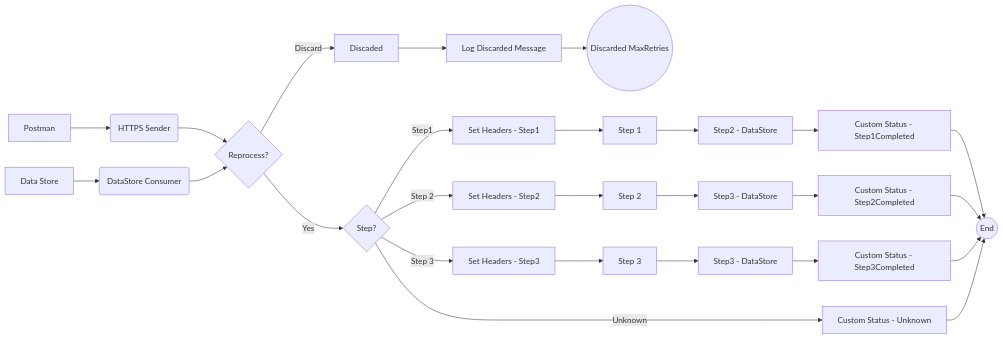
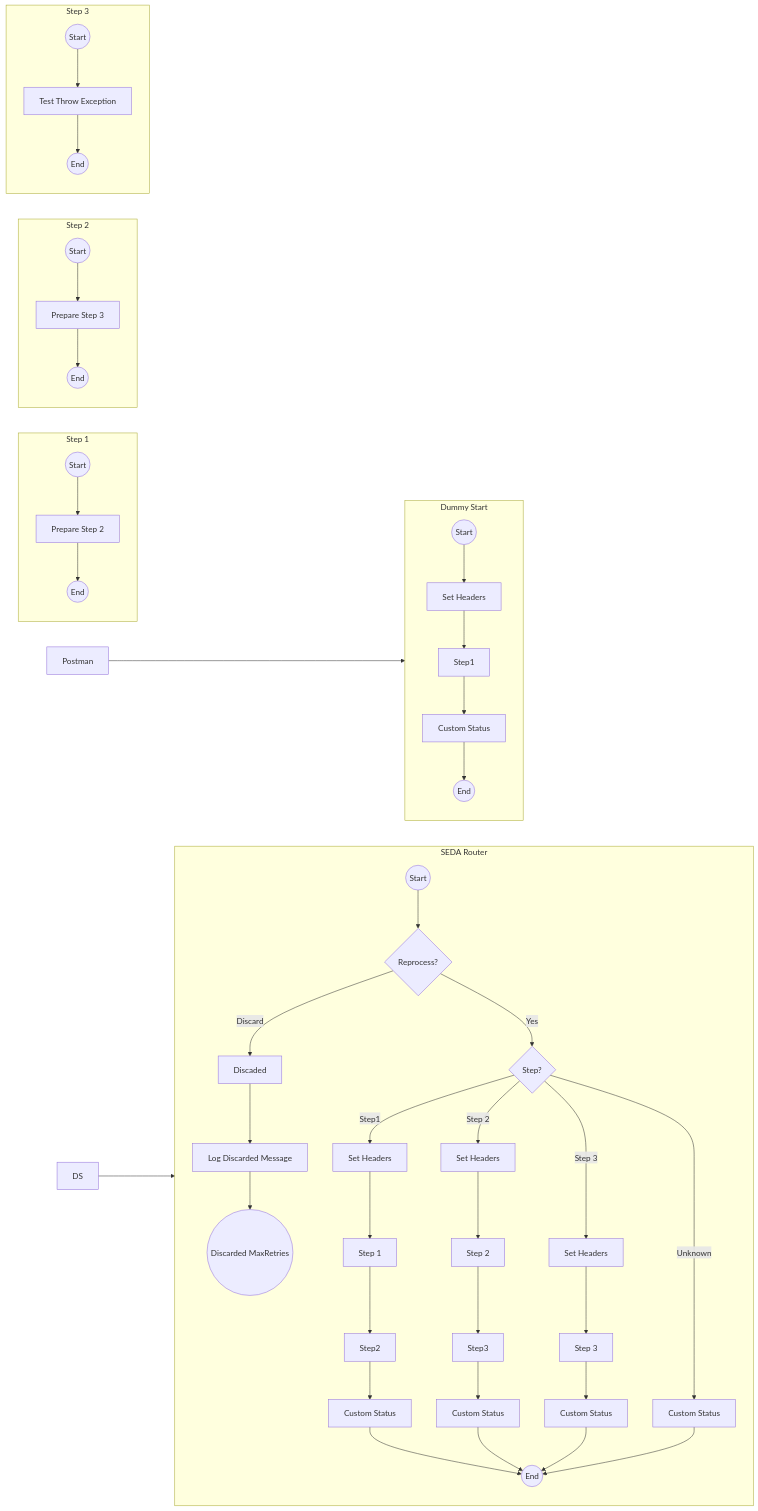
The diagram in MMZ - Templates/SEDA_Model_-_Single_DS_-_Restart_and_Discard-1.0.0/readme.md (Avvale-IA-CICD/AvvaleCPI), drawn with Mermaid before and after one commit. The commit also changed other lines of this file, not shown here.

Commit message:
Add/update documentation for SEDA_Model_-_Single_DS_-_Restart_and_Discard v1.0.0

````diff
--- a/MMZ - Templates/SEDA_Model_-_Single_DS_-_Restart_and_Discard-1.0.0/readme.md
+++ b/MMZ - Templates/SEDA_Model_-_Single_DS_-_Restart_and_Discard-1.0.0/readme.md
@@ -4,28 +4,51 @@
 ```mermaid
 graph LR
-    A[Postman] --> B(HTTPS Sender);
-    C[Data Store] --> D(DataStore Consumer);
-    B --> E{Reprocess?};
-    D --> E;
-    E -- Yes --> F{Step?};
-    E -- Discard --> G[Discaded];
-    G --> H[Log Discarded Message];
-    H --> I((Discarded MaxRetries));
-    F -- Step1 --> J[Set Headers - Step1];
-    F -- Step 2 --> K[Set Headers - Step2];
-    F -- Step 3 --> L[Set Headers - Step3];
-    F -- Unknown --> M[Custom Status - Unknown];
-    J --> N[Step 1];
-    K --> O[Step 2];
-    L --> P[Step 3];
-    N --> Q[Step2 - DataStore];
-    O --> R[Step3 - DataStore];
-    P --> S[Step3 - DataStore];
-    Q --> T[Custom Status - Step1Completed];
-    R --> U[Custom Status - Step2Completed];
-    S --> V[Custom Status - Step3Completed];
-    T --> W((End));
-    U --> W;
-    V --> W;
-    M --> W;
+    subgraph DummyStart [Dummy Start]
+        StartEvent_12079784((Start)) --> CallActivity_9054[Set Headers]
+        CallActivity_9054 --> CallActivity_12079777[Step1]
+        CallActivity_12079777 --> CallActivity_9062[Custom Status]
+        CallActivity_9062 --> EndEvent_9052((End))
+    end
+    
+    subgraph SEDARouter [SEDA Router]
+        StartEvent_2((Start)) --> ExclusiveGateway_9098{Reprocess?}
+        ExclusiveGateway_9098 -- Yes --> ExclusiveGateway_12{Step?}
+        ExclusiveGateway_9098 -- Discard --> CallActivity_9101[Discaded]
+        CallActivity_9101 --> CallActivity_12079775[Log Discarded Message]
+        CallActivity_12079775 --> EndEvent_9104((Discarded MaxRetries))
+        ExclusiveGateway_12 -- Step1 --> CallActivity_12079790[Set Headers]
+        CallActivity_12079790 --> CallActivity_15[Step 1]
+        CallActivity_15 --> CallActivity_12079780[Step2]
+        CallActivity_12079780 --> CallActivity_9071[Custom Status]
+        CallActivity_9071 --> EndEvent_2((End))
+        ExclusiveGateway_12 -- Step 2 --> CallActivity_12079792[Set Headers]
+        CallActivity_12079792 --> CallActivity_18[Step 2]
+        CallActivity_18 --> CallActivity_12079781[Step3]
+        CallActivity_12079781 --> CallActivity_9077[Custom Status]
+        CallActivity_9077 --> EndEvent_2
+        ExclusiveGateway_12 -- Step 3 --> CallActivity_12079794[Set Headers]
+        CallActivity_12079794 --> CallActivity_21[Step 3]
+        CallActivity_21 --> CallActivity_9074[Custom Status]
+        CallActivity_9074 --> EndEvent_2
+        ExclusiveGateway_12 -- Unknown --> CallActivity_20[Custom Status]
+        CallActivity_20 --> EndEvent_2
+    end
+
+    subgraph Step1Process [Step 1]
+        StartEvent_37((Start)) --> CallActivity_48[Prepare Step 2]
+        CallActivity_48 --> EndEvent_38((End))
+    end
+
+    subgraph Step2Process [Step 2]
+       StartEvent_41((Start)) --> CallActivity_54[Prepare Step 3]
+        CallActivity_54 --> EndEvent_42((End))
+    end
+    
+    subgraph Step3Process [Step 3]
+       StartEvent_45((Start)) --> CallActivity_12079788[Test Throw Exception]
+        CallActivity_12079788 --> EndEvent_46((End))
+    end
+
+    Postman[Postman] --> DummyStart
+    DS[DS] --> SEDARouter
 ```
````
